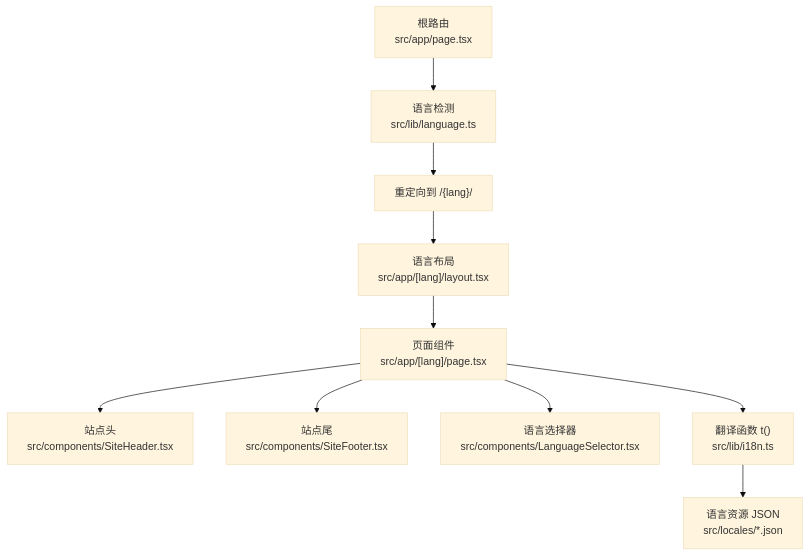
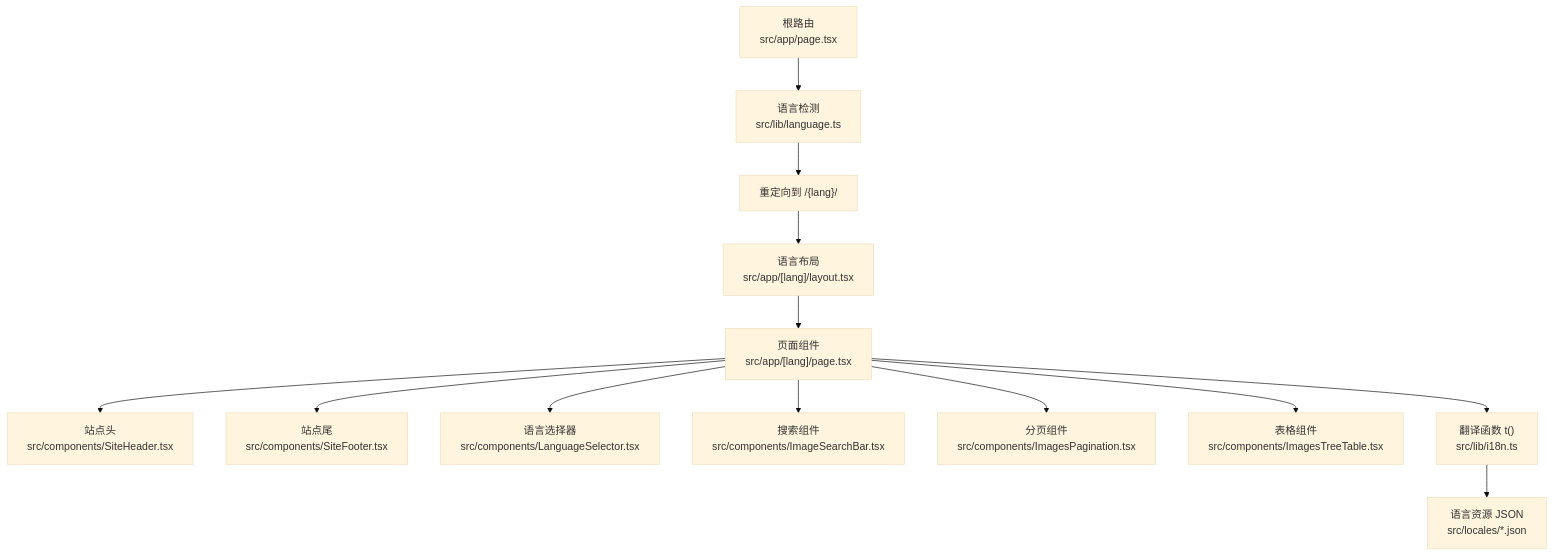
Before and after one commit to pnnh/weable: the first of 5 diagrams in .qoder/repowiki/zh/content/功能特性/国际化支持.md, drawn with Mermaid (base theme). The commit also changed other lines of this file and 154 other files, not shown here.

````diff
--- a/.qoder/repowiki/zh/content/功能特性/国际化支持.md
+++ b/.qoder/repowiki/zh/content/功能特性/国际化支持.md
@@ -43,12 +60,15 @@
 ```mermaid
 graph TB
 Root["根路由<br/>src/app/page.tsx"] --> Detect["语言检测<br/>src/lib/language.ts"]
 Detect --> Redirect["重定向到 /{lang}/"]
 Redirect --> LangLayout["语言布局<br/>src/app/[lang]/layout.tsx"]
 LangLayout --> Pages["页面组件<br/>src/app/[lang]/page.tsx"]
 Pages --> Header["站点头<br/>src/components/SiteHeader.tsx"]
 Pages --> Footer["站点尾<br/>src/components/SiteFooter.tsx"]
 Pages --> Selector["语言选择器<br/>src/components/LanguageSelector.tsx"]
+Pages --> Search["搜索组件<br/>src/components/ImageSearchBar.tsx"]
+Pages --> Pagination["分页组件<br/>src/components/ImagesPagination.tsx"]
+Pages --> Table["表格组件<br/>src/components/ImagesTreeTable.tsx"]
 Pages --> I18N["翻译函数 t()<br/>src/lib/i18n.ts"]
 I18N --> Locales["语言资源 JSON<br/>src/locales/*.json"]
 ```
````
